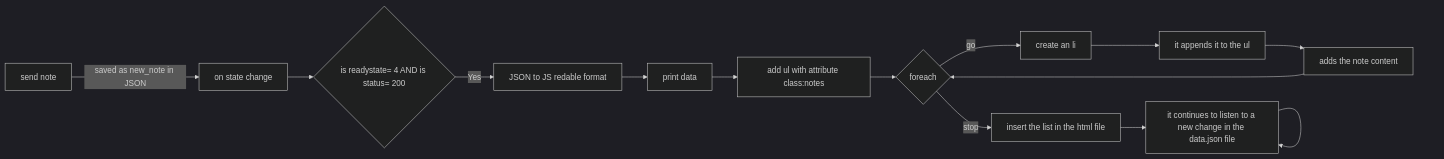
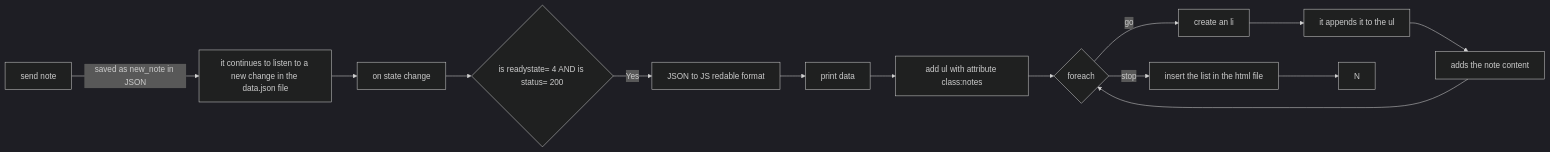
Before and after one commit to Mafant13/FullStackOpenCourse: the diagram in README.md, drawn with Mermaid (dark theme).

````diff
--- a/README.md
+++ b/README.md
@@ -1,7 +1,7 @@
 ``` mermaid
   flowchart LR
 
-A[send note] --> |saved as new_note in JSON| B[on state change] --> C{is readystate= 4 AND is status= 200};
-C --> |Yes| D[JSON to JS redable format] --> E[print data] --> F[add ul with attribute class:notes] --> G{foreach} --> |go| H[create an li] --> I[it appends it to the ul] --> J[adds the note content] --> G
---> |stop| M[insert the list in the html file] --> N[it continues to listen to a new change in the data.json file] --> N
+A[send note] --> |saved as new_note in JSON| B[it continues to listen to a new change in the data.json file] --> C[on state change]-->D{is readystate= 4 AND is status= 200};
+D --> |Yes| E[JSON to JS redable format] --> F[print data] --> G[add ul with attribute class:notes] --> H{foreach} --> |go| I[create an li] --> J[it appends it to the ul] --> K[adds the note content] --> H
+--> |stop| L[insert the list in the html file] --> N
 ```
````
